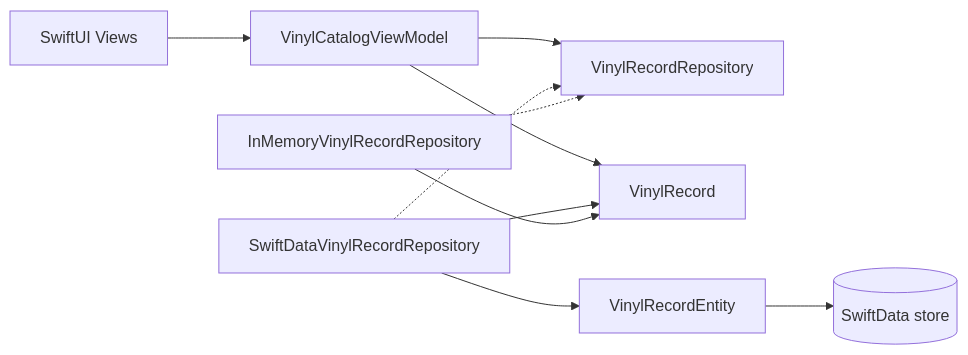
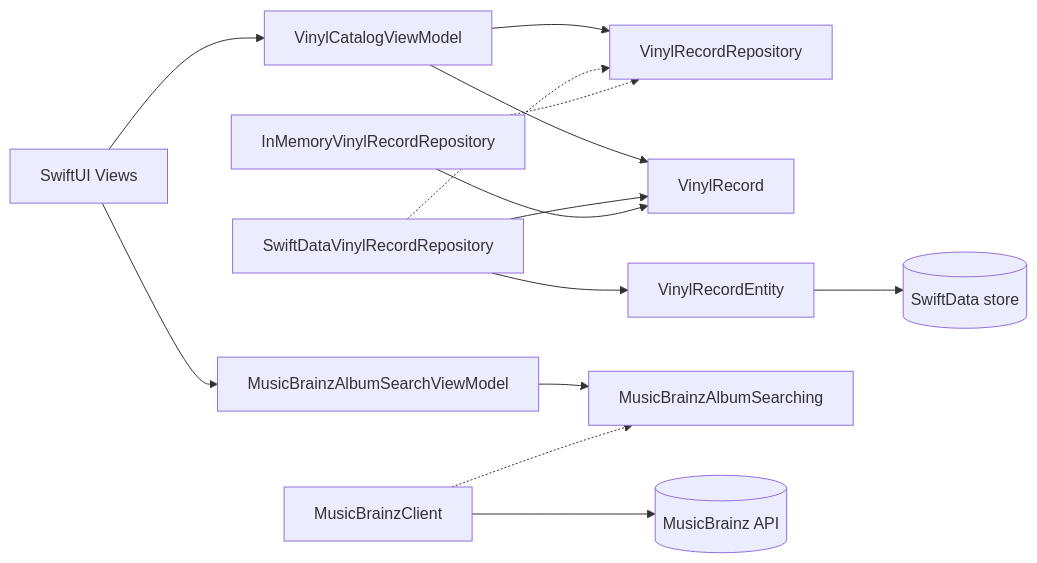
Before and after one commit to RenanLM/VinylShelf: the diagram in README.md, drawn with Mermaid. The commit also changed other lines of this file and 3 other files, not shown here.

````diff
--- a/README.md
+++ b/README.md
@@ -55,12 +59,16 @@
 ```mermaid
 flowchart LR
-    View[SwiftUI Views] --> ViewModel[VinylCatalogViewModel]
-    ViewModel --> Repository[VinylRecordRepository]
-    ViewModel --> Domain[VinylRecord]
+    Views[SwiftUI Views] --> CatalogViewModel[VinylCatalogViewModel]
+    CatalogViewModel --> Repository[VinylRecordRepository]
+    CatalogViewModel --> Domain[VinylRecord]
     SwiftDataRepository[SwiftDataVinylRecordRepository] -.-> Repository
     MemoryRepository[InMemoryVinylRecordRepository] -.-> Repository
     SwiftDataRepository --> Entity[VinylRecordEntity]
     SwiftDataRepository --> Domain
     MemoryRepository --> Domain
     Entity --> Store[(SwiftData store)]
+    Views --> SearchViewModel[MusicBrainzAlbumSearchViewModel]
+    SearchViewModel --> AlbumSearch[MusicBrainzAlbumSearching]
+    MusicBrainzClient -.-> AlbumSearch
+    MusicBrainzClient --> MusicBrainzAPI[(MusicBrainz API)]
 ```
````
